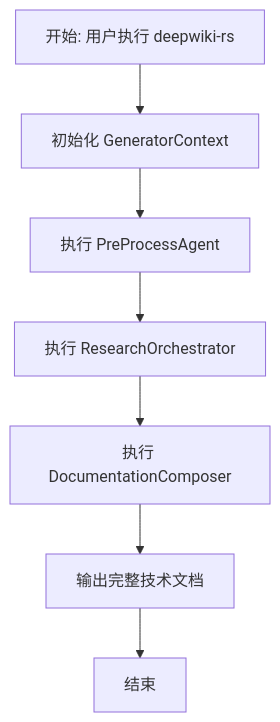
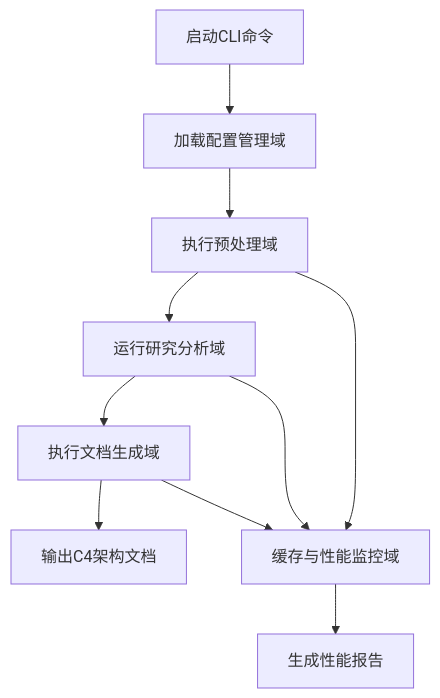
Before and after one commit to BigtoC/deepwiki-rs: the first of 5 diagrams in docs/3、工作流程.md, drawn with Mermaid. The commit also changed other lines of this file and 13 other files, not shown here.

````diff
--- a/docs/3、工作流程.md
+++ b/docs/3、工作流程.md
@@ -34,9 +10,12 @@
 ```mermaid
 graph TD
-    A[开始: 用户执行 deepwiki-rs] --> B[初始化 GeneratorContext]
-    B --> C[执行 PreProcessAgent]
-    C --> D[执行 ResearchOrchestrator]
-    D --> E[执行 DocumentationComposer]
-    E --> F[输出完整技术文档]
-    F --> G[结束]
+    A[启动CLI命令] --> B[加载配置管理域]
+    B --> C[执行预处理域]
+    C --> D[运行研究分析域]
+    D --> E[执行文档生成域]
+    E --> F[输出C4架构文档]
+    C --> G[缓存与性能监控域]
+    D --> G
+    E --> G
+    G --> H[生成性能报告]
 ```
````
